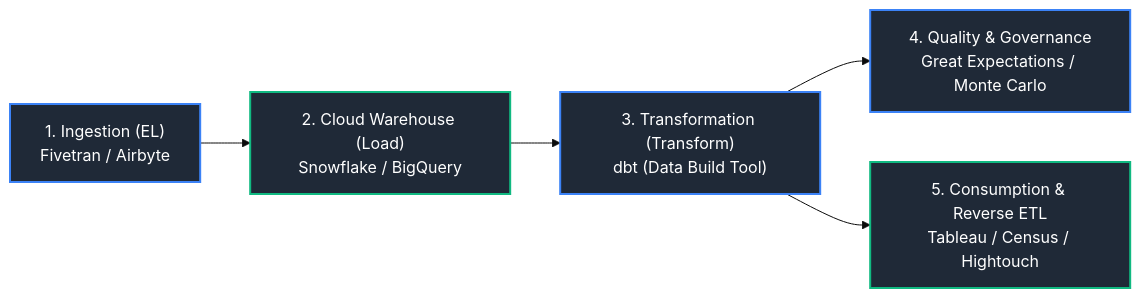
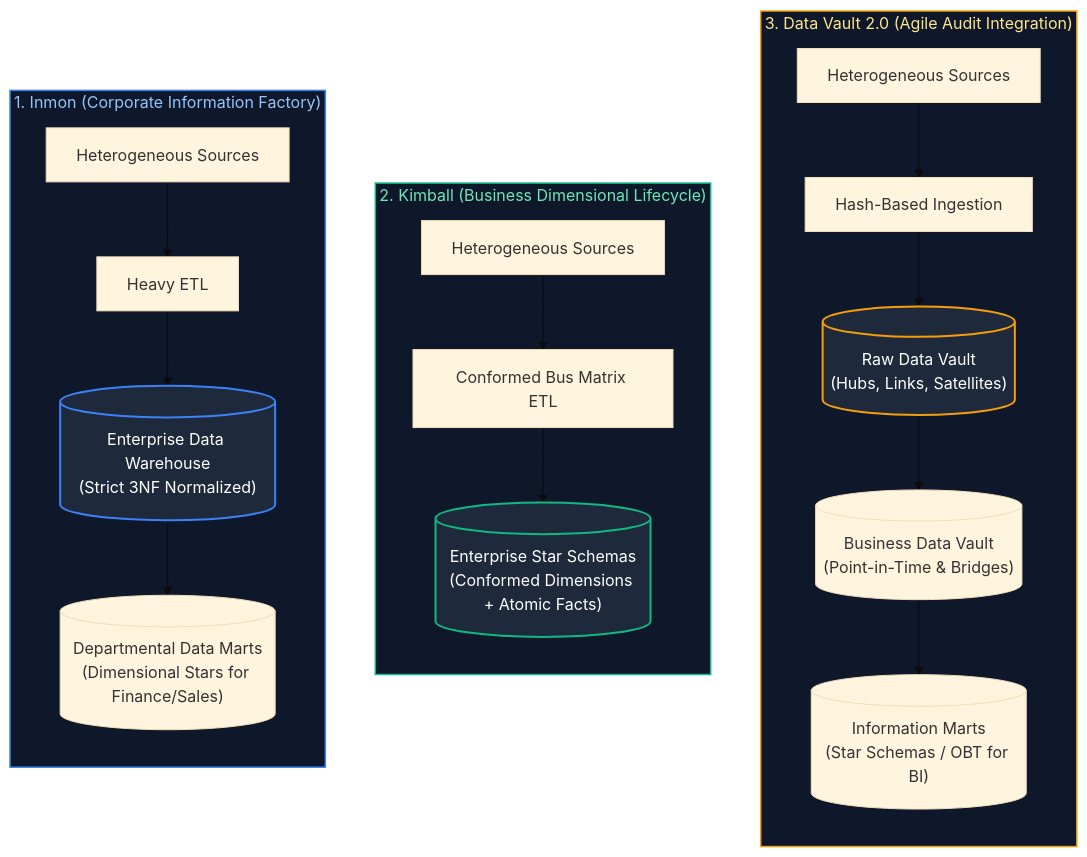
The tenth of 30 diagrams in Data Engineering/06_data_architecture_and_modeling.md (joydeep-biswas/Interview-Preparation), drawn with Mermaid (base theme) before and after one commit. The commit also changed other lines of this file and 143 other files, not shown here.

````diff
--- a/Data Engineering/06_data_architecture_and_modeling.md
+++ b/Data Engineering/06_data_architecture_and_modeling.md
@@ -486,13 +544,31 @@
 ```mermaid
-flowchart LR
-    Extract["1. Ingestion (EL)<br/>Fivetran / Airbyte"] --> Storage["2. Cloud Warehouse (Load)<br/>Snowflake / BigQuery"]
-    Storage --> Transform["3. Transformation (Transform)<br/>dbt (Data Build Tool)"]
-    Transform --> Observability["4. Quality & Governance<br/>Great Expectations / Monte Carlo"]
-    Transform --> BI["5. Consumption & Reverse ETL<br/>Tableau / Census / Hightouch"]
+flowchart TD
 
-    style Extract fill:#1f2937,stroke:#3b82f6,stroke-width:2px,color:#fff
-    style Storage fill:#1f2937,stroke:#10b981,stroke-width:2px,color:#fff
-    style Transform fill:#1f2937,stroke:#3b82f6,stroke-width:2px,color:#fff
-    style Observability fill:#1f2937,stroke:#3b82f6,stroke-width:2px,color:#fff
-    style BI fill:#1f2937,stroke:#10b981,stroke-width:2px,color:#fff
+    subgraph DataVaultFlow ["3. Data Vault 2.0 (Agile Audit Integration)"]
+        direction TB
+        DV_Src["Heterogeneous Sources"] --> DV_Hash["Hash-Based Ingestion"]
+        DV_Hash --> DV_Core[("Raw Data Vault<br/>(Hubs, Links, Satellites)")]
+        DV_Core --> DV_Biz[("Business Data Vault<br/>(Point-in-Time & Bridges)")]
+        DV_Biz --> DV_Stars[("Information Marts<br/>(Star Schemas / OBT for BI)")]
+    end
+
+    subgraph KimballFlow ["2. Kimball (Business Dimensional Lifecycle)"]
+        direction TB
+        K_Src["Heterogeneous Sources"] --> K_Conformed["Conformed Bus Matrix ETL"]
+        K_Conformed --> K_Stars[("Enterprise Star Schemas<br/>(Conformed Dimensions + Atomic Facts)")]
+    end
+
+    subgraph InmonFlow ["1. Inmon (Corporate Information Factory)"]
+        direction TB
+        I_Src["Heterogeneous Sources"] --> I_ETL["Heavy ETL"]
+        I_ETL --> I_3NF[("Enterprise Data Warehouse<br/>(Strict 3NF Normalized)")]
+        I_3NF --> I_Marts[("Departmental Data Marts<br/>(Dimensional Stars for Finance/Sales)")]
+    end
+
+    style InmonFlow fill:#0f172a,stroke:#3b82f6,stroke-width:1.5px,color:#93c5fd
+    style KimballFlow fill:#0f172a,stroke:#10b981,stroke-width:1.5px,color:#6ee7b7
+    style DataVaultFlow fill:#0f172a,stroke:#f59e0b,stroke-width:1.5px,color:#fde68a
+    style I_3NF fill:#1e293b,stroke:#3b82f6,stroke-width:2px,color:#fff
+    style K_Stars fill:#1e293b,stroke:#10b981,stroke-width:2px,color:#fff
+    style DV_Core fill:#1e293b,stroke:#f59e0b,stroke-width:2px,color:#fff
 ```
````
